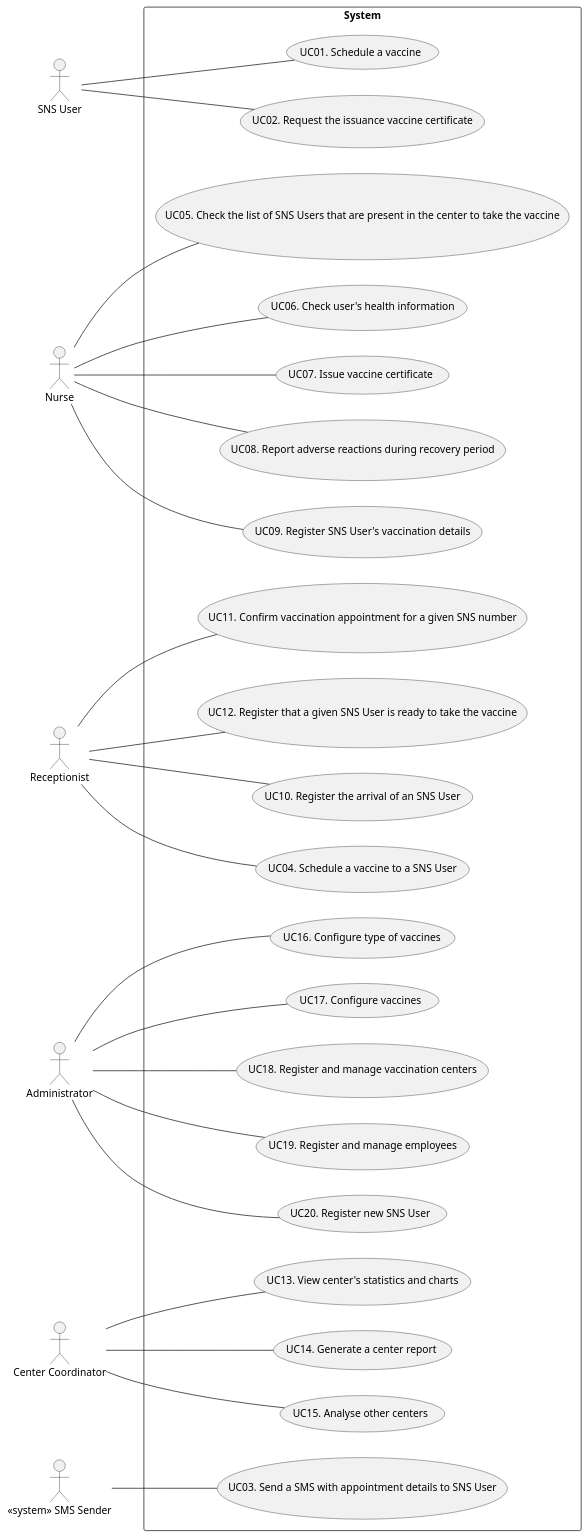
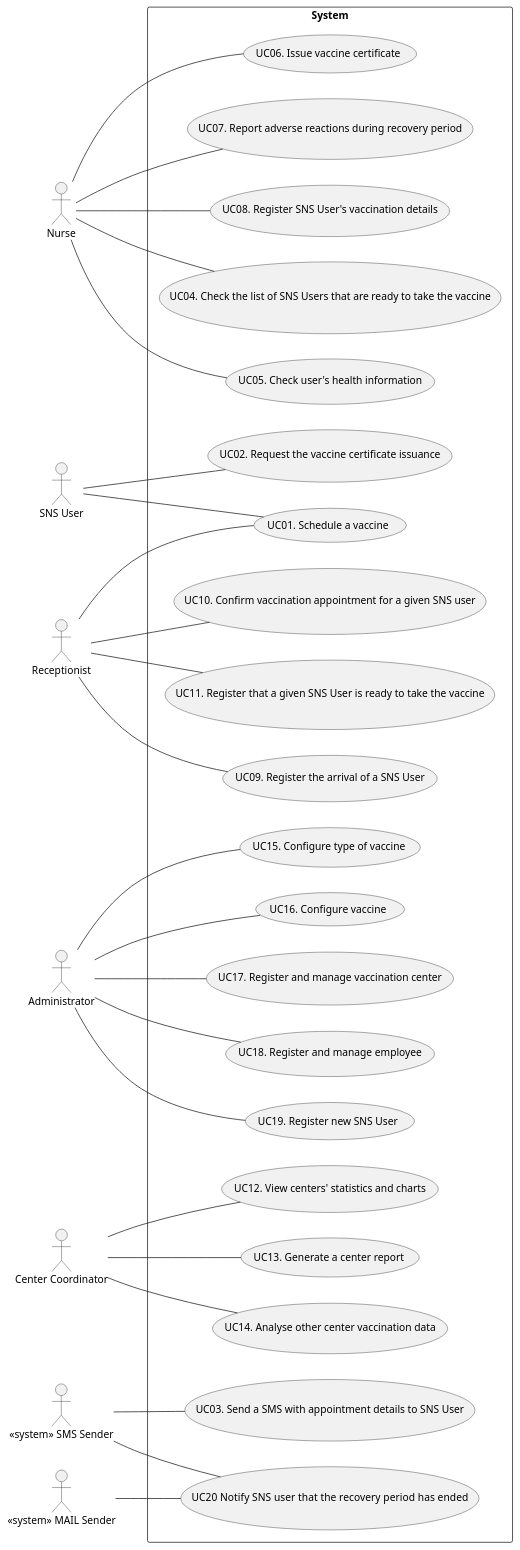
The diagram in docs/SprintA/UCD.puml (miseEnPlace-i/lapr2), drawn with PlantUML before and after one commit. The commit also changed 7 other files, not shown here.

```diff
--- a/docs/SprintA/UCD.puml
+++ b/docs/SprintA/UCD.puml
@@ -1,56 +1,59 @@
 @startuml UCD
 
 left to right direction
 
 actor "SNS User" as user
 actor "Nurse" as nurse
 actor "Receptionist" as recept
 actor "Administrator" as admin
 actor "Center Coordinator" as coordinator
 actor "<< system >> SMS Sender" as dgs
+actor "<< system >> MAIL Sender" as dgsMail
 
 rectangle System {
   usecase "UC01. Schedule a vaccine" as UC01
-  usecase "UC02. Request the issuance vaccine certificate" as UC02
+  usecase "UC02. Request the vaccine certificate issuance" as UC02
   usecase "UC03. Send a SMS with appointment details to SNS User" as UC03
-  usecase "UC04. Schedule a vaccine to a SNS User" as UC04
-  usecase "UC05. Check the list of SNS Users that are present in the center to take the vaccine" as UC05
-  usecase "UC06. Check user's health information" as UC06
-  usecase "UC07. Issue vaccine certificate" as UC07
-  usecase "UC08. Report adverse reactions during recovery period" as UC08
-  usecase "UC09. Register SNS User's vaccination details" as UC09
-  usecase "UC10. Register the arrival of an SNS User" as UC10
-  usecase "UC11. Confirm vaccination appointment for a given SNS number" as UC11
-  usecase "UC12. Register that a given SNS User is ready to take the vaccine" as UC12
-  usecase "UC13. View center's statistics and charts" as UC13
-  usecase "UC14. Generate a center report" as UC14
-  usecase "UC15. Analyse other centers" as UC15
-  usecase "UC16. Configure type of vaccines" as UC16
-  usecase "UC17. Configure vaccines" as UC17
-  usecase "UC18. Register and manage vaccination centers" as UC18
-  usecase "UC19. Register and manage employees" as UC19
-  usecase "UC20. Register new SNS User" as UC20
+  usecase "UC04. Check the list of SNS Users that are ready to take the vaccine" as UC05
+  usecase "UC05. Check user's health information" as UC06
+  usecase "UC06. Issue vaccine certificate" as UC07
+  usecase "UC07. Report adverse reactions during recovery period" as UC08
+  usecase "UC08. Register SNS User's vaccination details" as UC09
+  usecase "UC09. Register the arrival of a SNS User" as UC10
+  usecase "UC10. Confirm vaccination appointment for a given SNS user" as UC11
+  usecase "UC11. Register that a given SNS User is ready to take the vaccine" as UC12
+  usecase "UC12. View centers' statistics and charts" as UC13
+  usecase "UC13. Generate a center report" as UC14
+  usecase "UC14. Analyse other center vaccination data" as UC15
+  usecase "UC15. Configure type of vaccine" as UC16
+  usecase "UC16. Configure vaccine" as UC17
+  usecase "UC17. Register and manage vaccination center" as UC18
+  usecase "UC18. Register and manage employee" as UC19
+  usecase "UC19. Register new SNS User" as UC20
+  usecase "UC20  Notify SNS user that the recovery period has ended" as UC21
 }
 
 user -- UC01
 user -- UC02
 dgs -- UC03
-recept -- UC04
+recept -- UC01
 nurse -- UC05
 nurse -- UC06
 nurse -- UC07
 nurse -- UC08
 nurse -- UC09
 recept -- UC10
 recept -- UC11
 recept -- UC12
 coordinator -- UC13
 coordinator -- UC14
 coordinator -- UC15
 admin -- UC16
 admin -- UC17
 admin -- UC18
 admin -- UC19
 admin -- UC20
+dgs -- UC21
+dgsMail -- UC21
 
 @enduml
```
